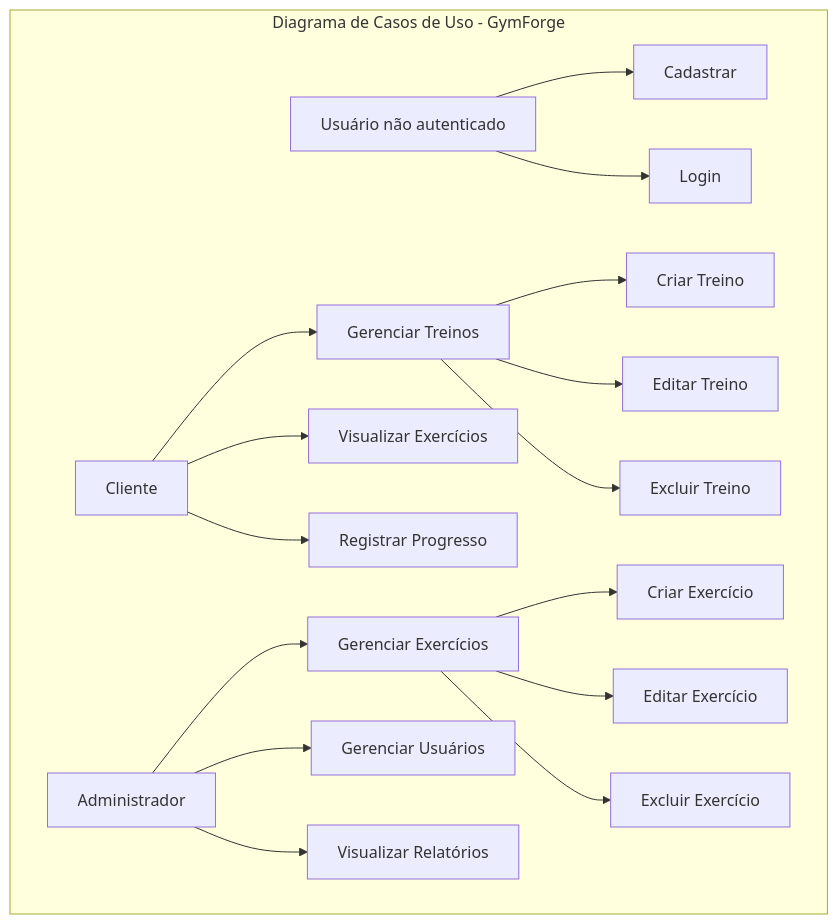
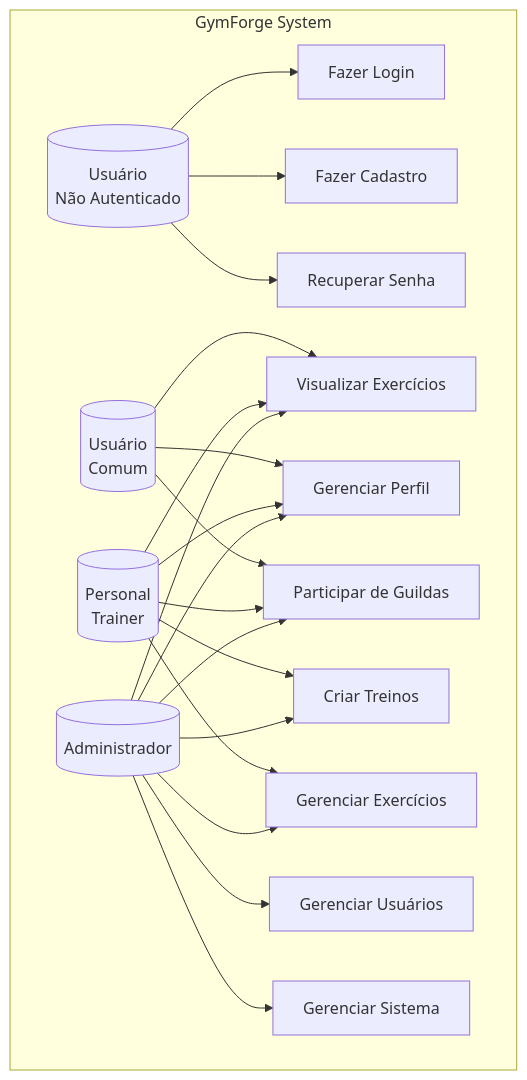
One commit to Wesley-GL23/GymForge-Academic changed the first of 2 diagrams in docs/DIAGRAMAS.md. Above: the diagram before and after it, drawn with Mermaid. The commit also changed other lines of this file and 2 other files, not shown here.

Commit message:
docs: adiciona diagramas SVG e atualiza documentação

````diff
--- a/docs/DIAGRAMAS.md
+++ b/docs/DIAGRAMAS.md
@@ -5,23 +37,42 @@
 ```mermaid
 graph TD
-    subgraph "Diagrama de Casos de Uso - GymForge"
-        A[Usuário não autenticado] --> B[Cadastrar]
-        A --> C[Login]
+    subgraph "GymForge System"
+        A[("Usuário<br/>Não Autenticado")]
+        B[("Usuário<br/>Comum")]
+        C[("Personal<br/>Trainer")]
+        D[("Administrador")]
         
-        D[Cliente] --> E[Gerenciar Treinos]
-        D --> F[Visualizar Exercícios]
-        D --> G[Registrar Progresso]
+        E["Fazer Login"]
+        F["Fazer Cadastro"]
+        G["Recuperar Senha"]
+        H["Visualizar Exercícios"]
+        I["Gerenciar Perfil"]
+        J["Criar Treinos"]
+        K["Gerenciar Exercícios"]
+        L["Gerenciar Usuários"]
+        M["Gerenciar Sistema"]
+        N["Participar de Guildas"]
         
-        H[Administrador] --> I[Gerenciar Exercícios]
-        H --> J[Gerenciar Usuários]
-        H --> K[Visualizar Relatórios]
+        A --> E
+        A --> F
+        A --> G
         
-        E --> L[Criar Treino]
-        E --> M[Editar Treino]
-        E --> N[Excluir Treino]
+        B --> H
+        B --> I
+        B --> N
         
-        I --> O[Criar Exercício]
-        I --> P[Editar Exercício]
-        I --> Q[Excluir Exercício]
+        C --> H
+        C --> I
+        C --> J
+        C --> K
+        C --> N
+        
+        D --> H
+        D --> I
+        D --> J
+        D --> K
+        D --> L
+        D --> M
+        D --> N
     end
 ```
````
